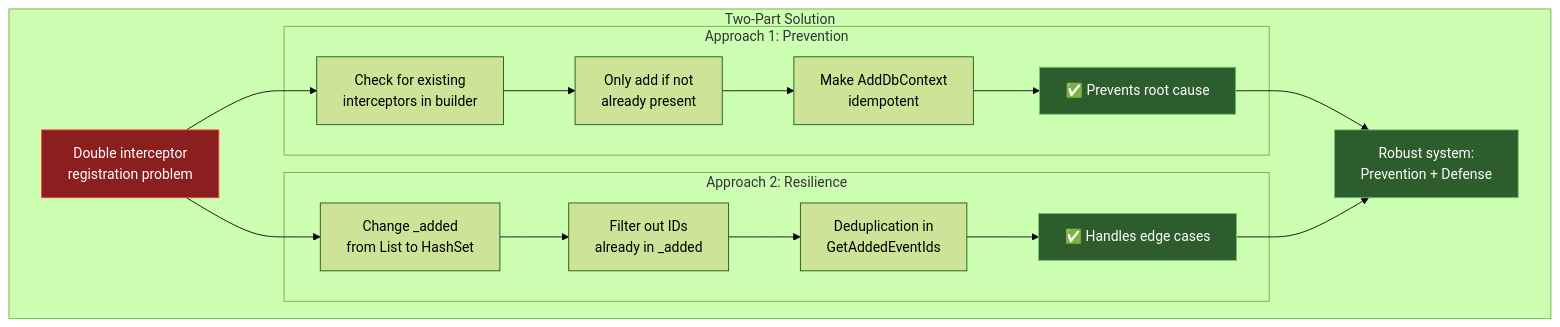
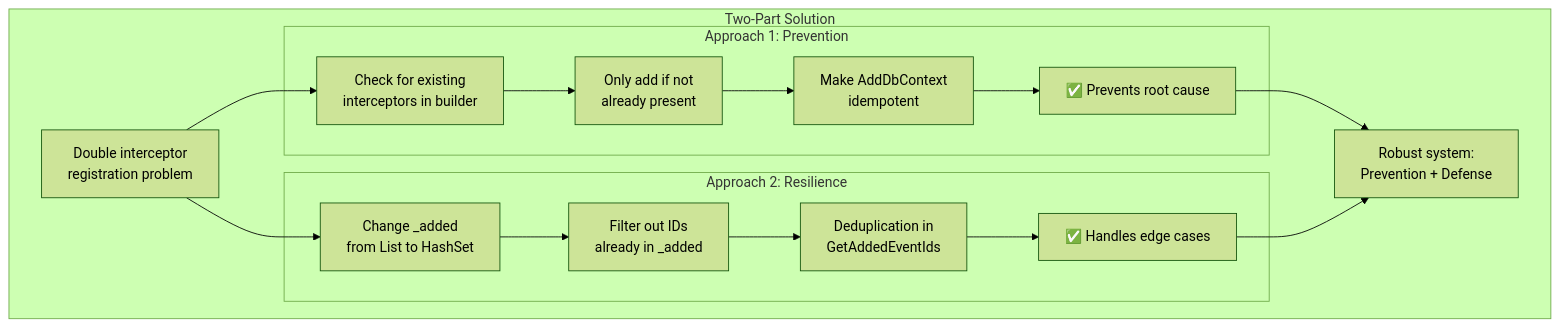
One commit to harveylx/portfolio-website changed the seventh of 7 diagrams in astro-portfolio/src/data/blog/_2025/debugging-duplicate-event-processing.md. Above: the diagram before and after it, drawn with Mermaid (forest theme). The commit also changed other lines of this file and 2 other files, not shown here.

Commit message:
Update theme handling for mermaid diagrams and clean up styles in blog post

````diff
--- a/astro-portfolio/src/data/blog/_2025/debugging-duplicate-event-processing.md
+++ b/astro-portfolio/src/data/blog/_2025/debugging-duplicate-event-processing.md
@@ -622,40 +608,35 @@
 ```mermaid
 graph TB
     subgraph "Two-Part Solution"
         Problem[Double interceptor<br/>registration problem]
 
         subgraph "Approach 1: Prevention"
             P1[Check for existing<br/>interceptors in builder]
             P2[Only add if not<br/>already present]
             P3[Make AddDbContext<br/>idempotent]
             PR[✅ Prevents root cause]
 
             P1 --> P2
             P2 --> P3
             P3 --> PR
         end
 
         subgraph "Approach 2: Resilience"
             R1[Change _added<br/>from List to HashSet]
             R2[Filter out IDs<br/>already in _added]
             R3[Deduplication in<br/>GetAddedEventIds]
             RR[✅ Handles edge cases]
 
             R1 --> R2
             R2 --> R3
             R3 --> RR
         end
 
         Problem --> P1
         Problem --> R1
 
         Final[Robust system:<br/>Prevention + Defense]
         PR --> Final
         RR --> Final
-
-        style Problem fill:#8B1E1E,stroke:#FF4444,color:#FFF
-        style PR fill:#2D5C2D,stroke:#6BC66B,color:#FFF
-        style RR fill:#2D5C2D,stroke:#6BC66B,color:#FFF
-        style Final fill:#2D5C2D,stroke:#6BC66B,color:#FFF
     end
 ```
````
